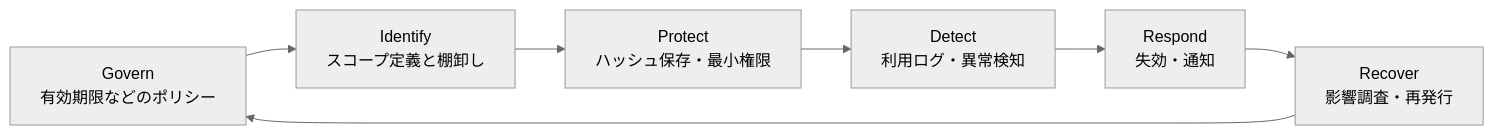
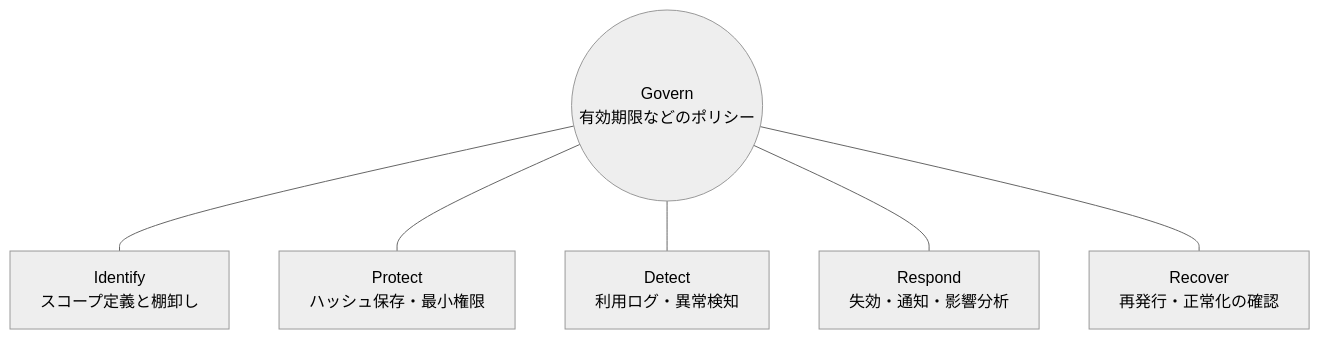
The first of 2 diagrams in content/ja/posts/nist-csf-api-token-design.md (bmf-san/bmf-tech), drawn with Mermaid (neutral theme) before and after one commit. The commit also changed other lines of this file and 1 other file, not shown here.

````diff
--- a/content/ja/posts/nist-csf-api-token-design.md
+++ b/content/ja/posts/nist-csf-api-token-design.md
@@ -48,9 +50,9 @@
 ```mermaid
-flowchart LR
-    GV["Govern<br/>有効期限などのポリシー"] --> ID["Identify<br/>スコープ定義と棚卸し"]
-    ID --> PR["Protect<br/>ハッシュ保存・最小権限"]
-    PR --> DE["Detect<br/>利用ログ・異常検知"]
-    DE --> RS["Respond<br/>失効・通知"]
-    RS --> RC["Recover<br/>影響調査・再発行"]
-    RC --> GV
+flowchart TB
+    GV(("Govern<br/>有効期限などのポリシー"))
+    GV --- ID["Identify<br/>スコープ定義と棚卸し"]
+    GV --- PR["Protect<br/>ハッシュ保存・最小権限"]
+    GV --- DE["Detect<br/>利用ログ・異常検知"]
+    GV --- RS["Respond<br/>失効・通知・影響分析"]
+    GV --- RC["Recover<br/>再発行・正常化の確認"]
 ```
````
